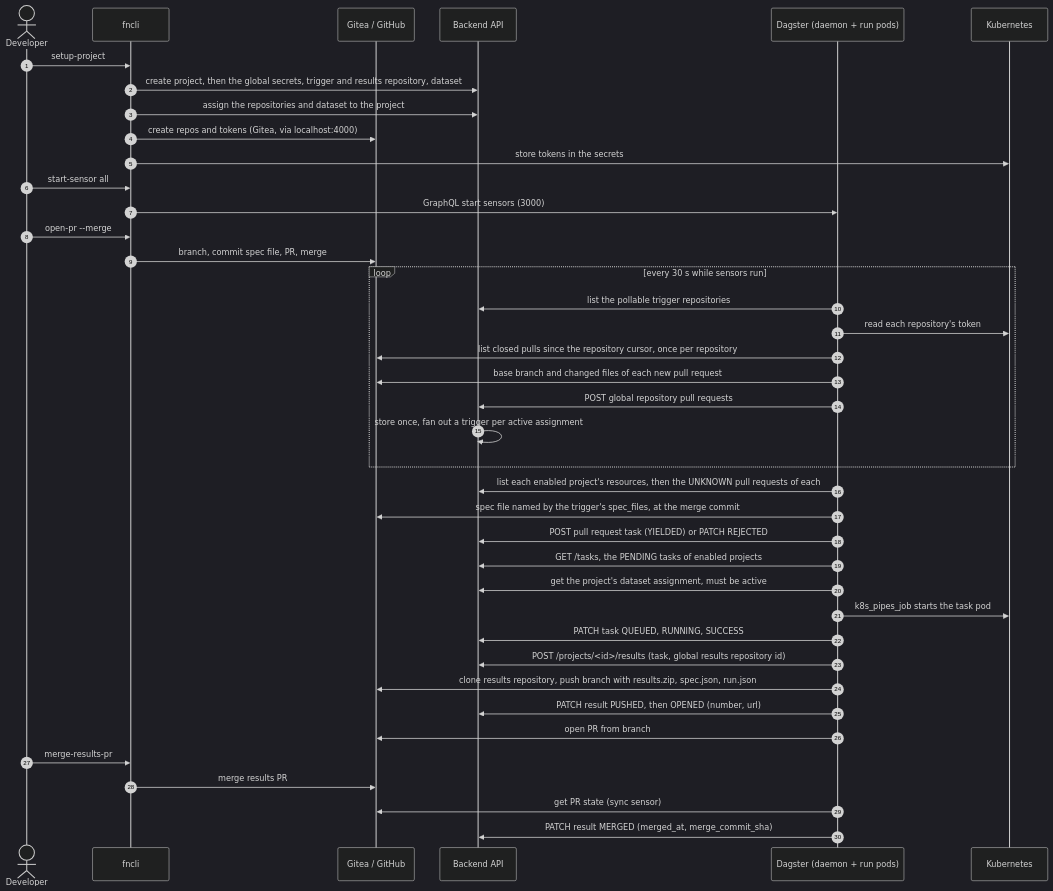
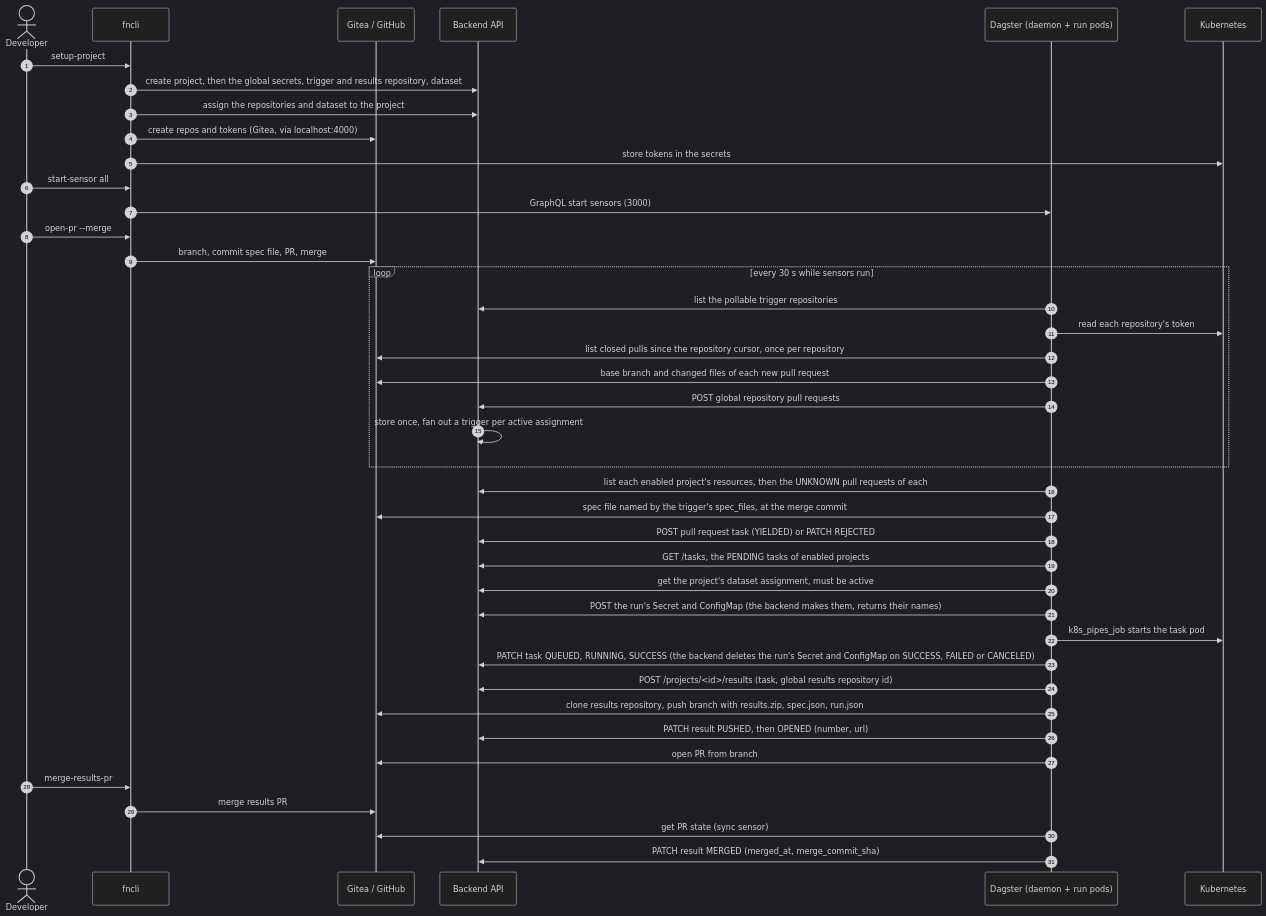
Before and after one commit to Aridhia-Open-Source/PHEMS_federated_node: the second of 3 diagrams in docs/architecture/flows.md, drawn with Mermaid (dark theme). The commit also changed 25 other files, not shown here.

First line of the commit message:
Task Secret and ConfigMap named per run and owned by nexus-api (#622)

````diff
--- a/docs/architecture/flows.md
+++ b/docs/architecture/flows.md
@@ -56,44 +56,45 @@
 ```mermaid
 sequenceDiagram
     autonumber
     actor Dev as Developer
     participant CLI as fncli
     participant Git as Gitea / GitHub
     participant BE as Backend API
     participant DG as Dagster (daemon + run pods)
     participant K8s as Kubernetes
 
     Dev->>CLI: setup-project
     CLI->>BE: create project, then the global secrets, trigger and results repository, dataset
     CLI->>BE: assign the repositories and dataset to the project
     CLI->>Git: create repos and tokens (Gitea, via localhost:4000)
     CLI->>K8s: store tokens in the secrets
     Dev->>CLI: start-sensor all
     CLI->>DG: GraphQL start sensors (3000)
     Dev->>CLI: open-pr --merge
     CLI->>Git: branch, commit spec file, PR, merge
 
     loop every 30 s while sensors run
         DG->>BE: list the pollable trigger repositories
         DG->>K8s: read each repository's token
         DG->>Git: list closed pulls since the repository cursor, once per repository
         DG->>Git: base branch and changed files of each new pull request
         DG->>BE: POST global repository pull requests
         BE->>BE: store once, fan out a trigger per active assignment
     end
     DG->>BE: list each enabled project's resources, then the UNKNOWN pull requests of each
     DG->>Git: spec file named by the trigger's spec_files, at the merge commit
     DG->>BE: POST pull request task (YIELDED) or PATCH REJECTED
     DG->>BE: GET /tasks, the PENDING tasks of enabled projects
     DG->>BE: get the project's dataset assignment, must be active
+    DG->>BE: POST the run's Secret and ConfigMap (the backend makes them, returns their names)
     DG->>K8s: k8s_pipes_job starts the task pod
-    DG->>BE: PATCH task QUEUED, RUNNING, SUCCESS
+    DG->>BE: PATCH task QUEUED, RUNNING, SUCCESS (the backend deletes the run's Secret and ConfigMap on SUCCESS, FAILED or CANCELED)
     DG->>BE: POST /projects/<id>/results (task, global results repository id)
     DG->>Git: clone results repository, push branch with results.zip, spec.json, run.json
     DG->>BE: PATCH result PUSHED, then OPENED (number, url)
     DG->>Git: open PR from branch
     Dev->>CLI: merge-results-pr
     CLI->>Git: merge results PR
     DG->>Git: get PR state (sync sensor)
     DG->>BE: PATCH result MERGED (merged_at, merge_commit_sha)
 ```
````
